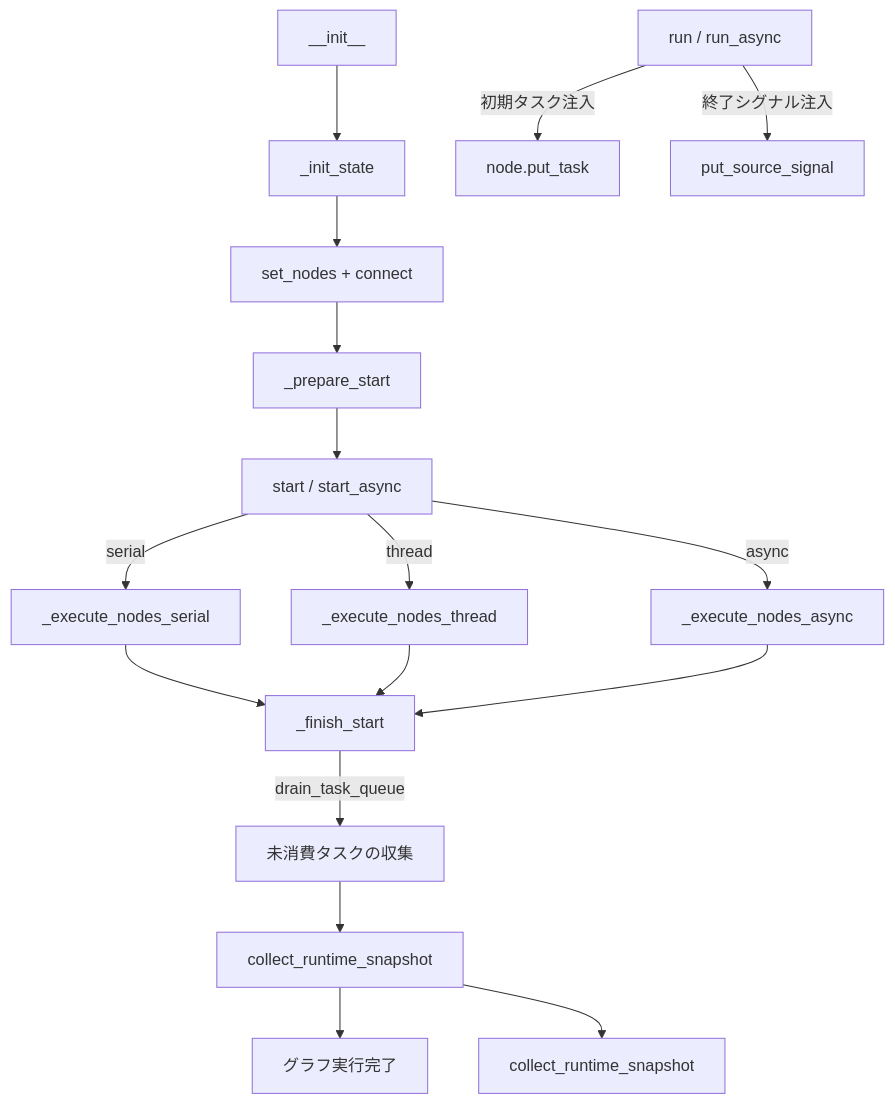
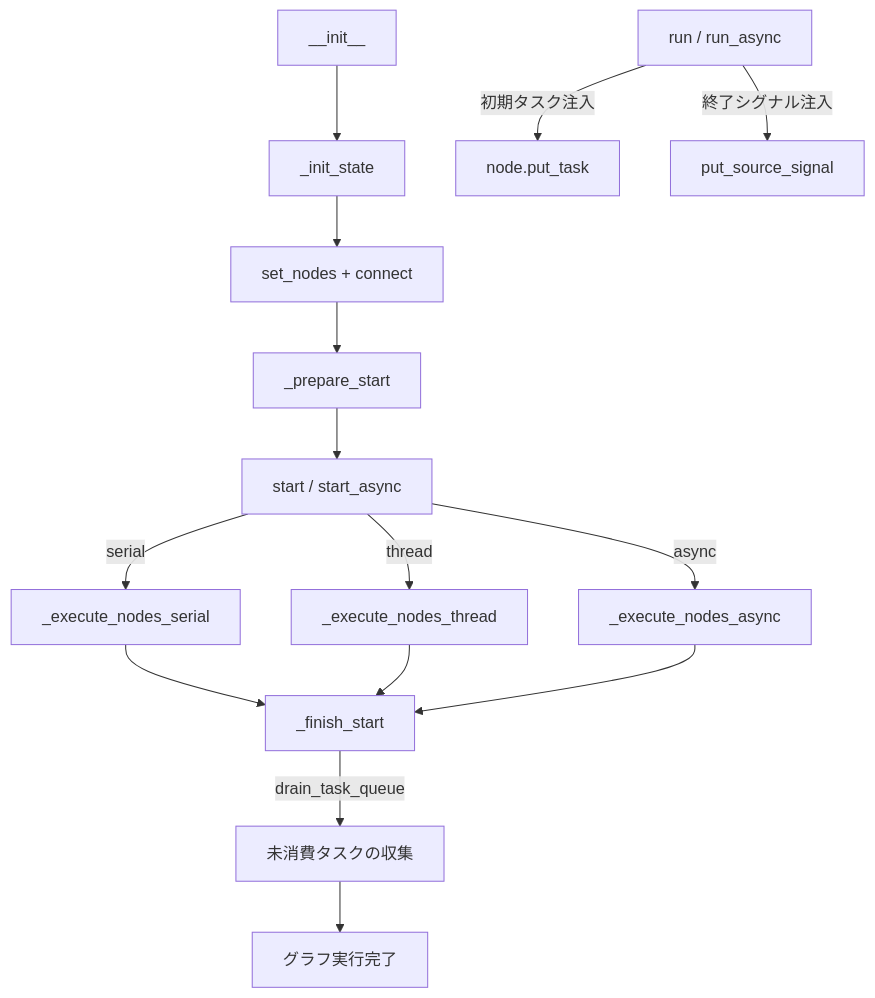
The diagram in docs/ja/src/graph/core_graph.md (Mr-xiaotian/CelestialFlow), drawn with Mermaid before and after one commit. The commit also changed other lines of this file and 211 other files, not shown here.

````diff
--- a/docs/ja/src/graph/core_graph.md
+++ b/docs/ja/src/graph/core_graph.md
@@ -290,21 +353,18 @@
 ```mermaid
 flowchart TD
     INIT[__init__] --> INIT_STATE[_init_state]
     INIT_STATE --> BUILD[set_nodes + connect]
     BUILD --> PREPARE[_prepare_start]
     PREPARE --> START[start / start_async]
     START -->|serial| SER[_execute_nodes_serial]
     START -->|thread| THR[_execute_nodes_thread]
     START -->|async| ASY[_execute_nodes_async]
     SER --> FINISH[_finish_start]
     THR --> FINISH
     ASY --> FINISH
     FINISH -->|drain_task_queue| DRAIN[未消費タスクの収集]
-    DRAIN --> SNAP[collect_runtime_snapshot]
-    SNAP --> END[グラフ実行完了]
-
-    SNAP --> STATUS[collect_runtime_snapshot]
+    DRAIN --> END[グラフ実行完了]
 
     RUN[run / run_async] -->|初期タスク注入| PUT[node.put_task]
     RUN -->|終了シグナル注入| SIGNAL[put_source_signal]
 ```
````
